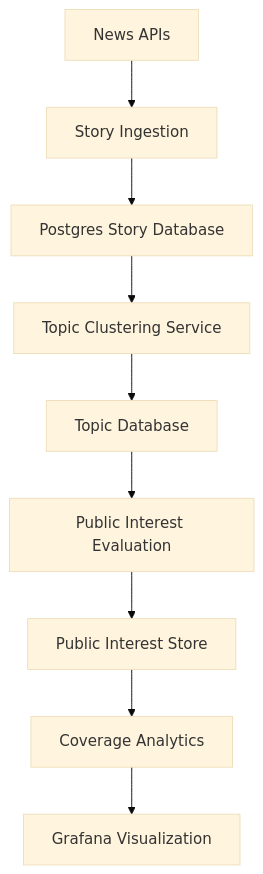
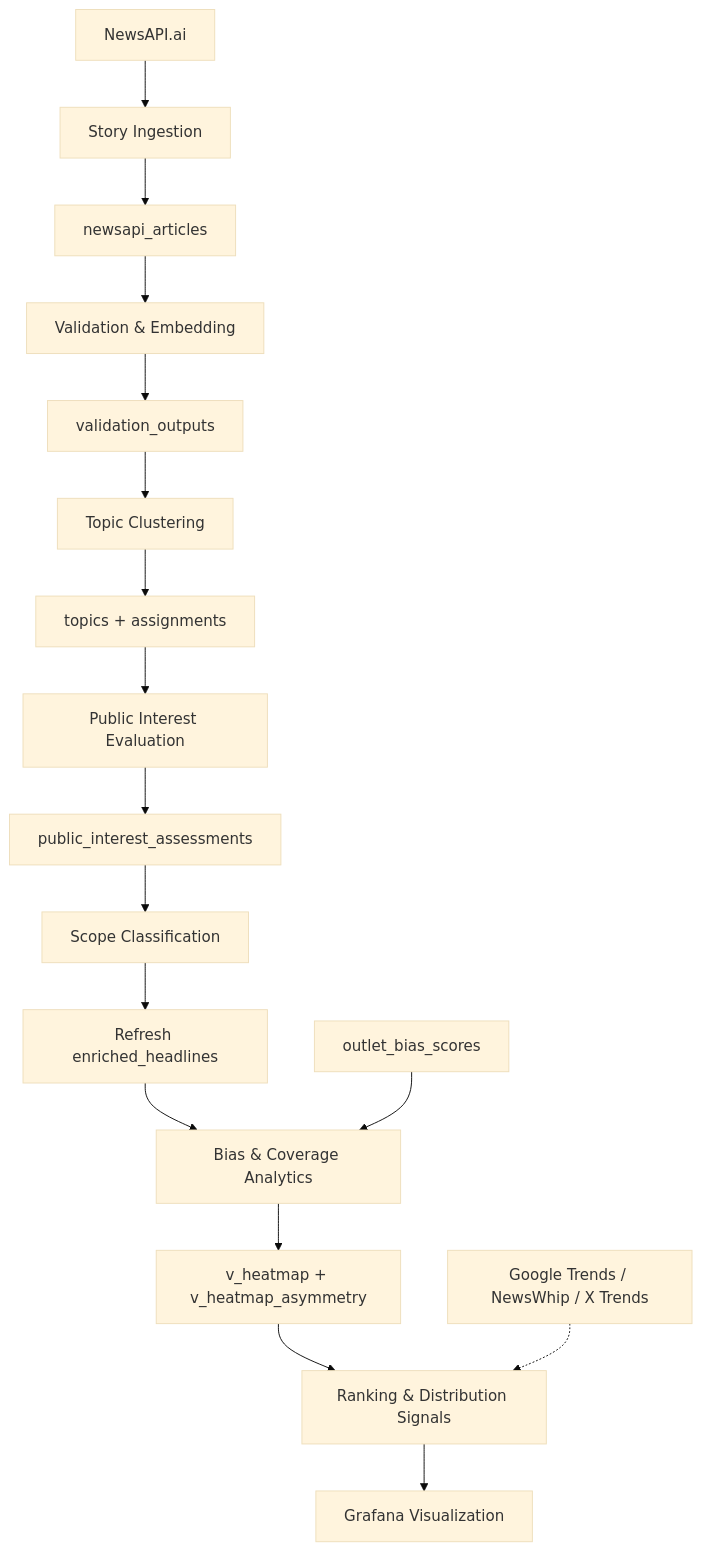
Before and after one commit to mediadotgames/context: the diagram in ARCHITECTURE_MAP.md, drawn with Mermaid (base theme). The commit also changed other lines of this file and 14 other files, not shown here.

First line of the commit message:
Update context docs: clustering, PI eval framework, bias analytics, ranking signals

````diff
--- a/ARCHITECTURE_MAP.md
+++ b/ARCHITECTURE_MAP.md
@@ -16,11 +17,19 @@
 ```mermaid
 flowchart TD
-A[News APIs] --> B[Story Ingestion]
-B --> C[Postgres Story Database]
-C --> D[Topic Clustering Service]
-D --> E[Topic Database]
-E --> F[Public Interest Evaluation]
-F --> G[Public Interest Store]
-G --> H[Coverage Analytics]
-H --> I[Grafana Visualization]
+A[NewsAPI.ai] --> B[Story Ingestion]
+B --> C[newsapi_articles]
+C --> D[Validation & Embedding]
+D --> E[validation_outputs]
+E --> F[Topic Clustering]
+F --> G[topics + assignments]
+G --> H[Public Interest Evaluation]
+H --> I[public_interest_assessments]
+I --> J[Scope Classification]
+J --> K[Refresh enriched_headlines]
+K --> L[Bias & Coverage Analytics]
+L --> M[v_heatmap + v_heatmap_asymmetry]
+M --> N[Ranking & Distribution Signals]
+N --> O[Grafana Visualization]
+P[outlet_bias_scores] --> L
+Q[Google Trends / NewsWhip / X Trends] -.-> N
 ```
````
